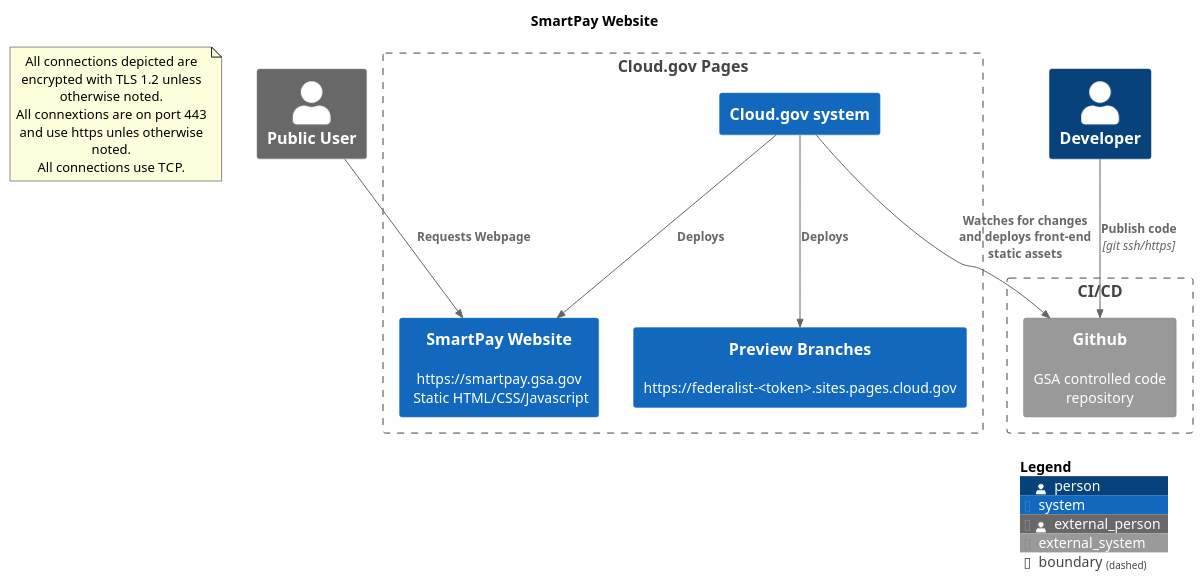
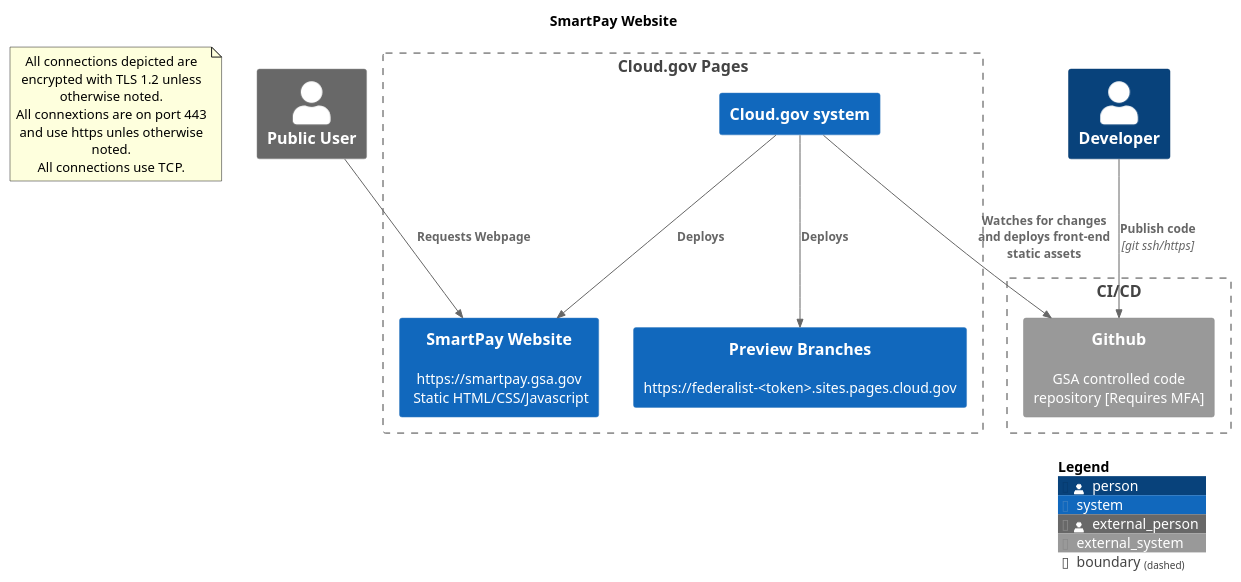
The diagram in docs/diagrams/smartpay_website_context.puml (GSA/smartpay-training), drawn with PlantUML before and after one commit. The commit also changed 5 other files, not shown here.

Commit message:
make changes to context diagrams for all services

```diff
--- a/docs/diagrams/smartpay_website_context.puml
+++ b/docs/diagrams/smartpay_website_context.puml
@@ -1,39 +1,39 @@
 @startuml smartpay_website_context
 !include https://raw.githubusercontent.com/plantuml-stdlib/C4-PlantUML/master/C4_Context.puml
 !include https://raw.githubusercontent.com/plantuml-stdlib/C4-PlantUML/master/C4_Container.puml
 
 title SmartPay Website
 
 note as ConnectionNote
 All connections depicted are encrypted with TLS 1.2 unless otherwise noted. 
 All connextions are on port 443 and use https unles otherwise noted.
 All connections use TCP. 
 end note
 
 Boundary(cloud_gov_pages, "Cloud.gov Pages", "") {
 
   System(smartpay, "SmartPay Website", "https://smartpay.gsa.gov\n Static HTML/CSS/Javascript") 
   System(cloud_pages, "Cloud.gov system")
   System(previews, "Preview Branches", "https://federalist-<token>.sites.pages.cloud.gov") 
 
 }
 
 Boundary(cicd, "CI/CD") {
-  System_Ext(github, "Github", "GSA controlled code repository")
+  System_Ext(github, "Github", "GSA controlled code repository [Requires MFA]")
 }
 
 
 Person_Ext(Public, "Public User")
 Person(Developer, "Developer")
 
 
 Rel(cloud_pages, github, "Watches for changes and deploys front-end static assets")
 Rel(cloud_pages, smartpay, "Deploys")
 Rel(cloud_pages, previews, "Deploys")
 
 Rel(Developer, github, "Publish code", "git ssh/https")
 Rel(Public, smartpay, "Requests Webpage")
 
 SHOW_LEGEND()
 
 @enduml
```
